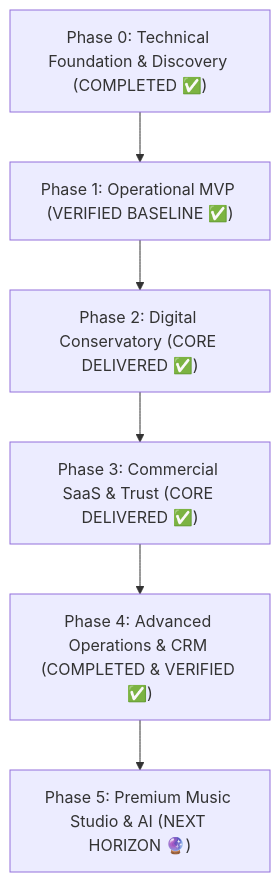
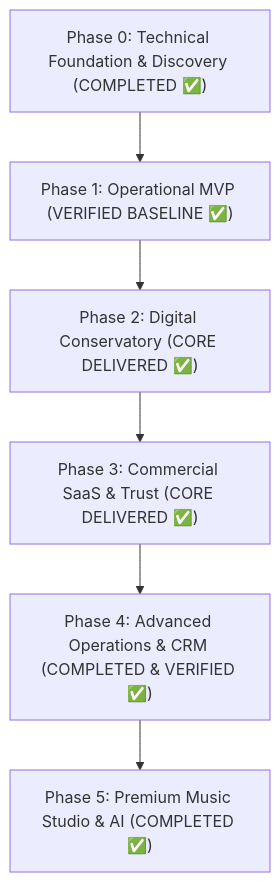
Before and after one commit to Villain20000/ConservatorieManagment: the diagram in DEVELOPMENT_ROADMAP.md, drawn with Mermaid. The commit also changed other lines of this file and 32 other files, not shown here.

Commit message:
feat(phase-5): implement Premium Music Studio, Practice Analytics, Human-in-the-Loop AI & e-Signatures

````diff
--- a/DEVELOPMENT_ROADMAP.md
+++ b/DEVELOPMENT_ROADMAP.md
@@ -11,8 +11,8 @@
 ```mermaid
 flowchart TD
     P0["Phase 0: Technical Foundation & Discovery (COMPLETED ✅)"] --> P1["Phase 1: Operational MVP (VERIFIED BASELINE ✅)"]
     P1 --> P2["Phase 2: Digital Conservatory (CORE DELIVERED ✅)"]
     P2 --> P3["Phase 3: Commercial SaaS & Trust (CORE DELIVERED ✅)"]
     P3 --> P4["Phase 4: Advanced Operations & CRM (COMPLETED & VERIFIED ✅)"]
-    P4 --> P5["Phase 5: Premium Music Studio & AI (NEXT HORIZON 🔮)"]
+    P4 --> P5["Phase 5: Premium Music Studio & AI (COMPLETED ✅)"]
 ```
````
